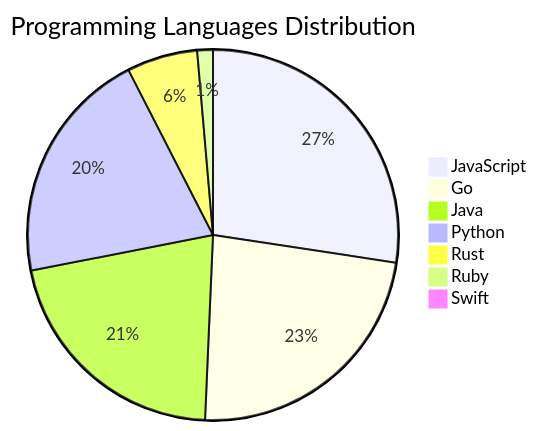
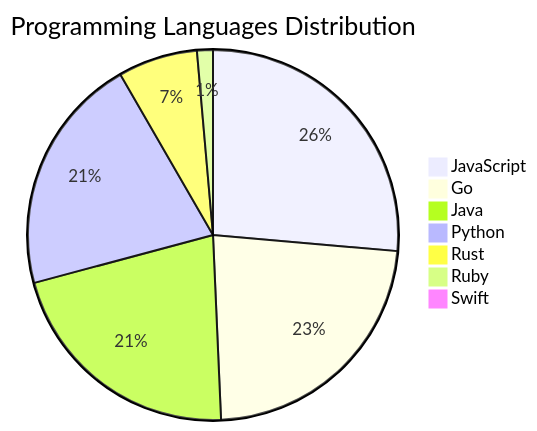
The diagram in README.md (Derrick-MUGISHA/github-activity-bot), drawn with Mermaid before and after one commit. The commit also changed other lines of this file and 4 other files, not shown here.

````diff
--- a/README.md
+++ b/README.md
@@ -207,10 +207,10 @@
 ```mermaid
 pie title Programming Languages Distribution
-    "JavaScript" : 40
-    "Go" : 34
+    "JavaScript" : 38
+    "Go" : 33
     "Java" : 31
     "Python" : 30
-    "Rust" : 9
+    "Rust" : 10
     "Ruby" : 2
     "Swift" : 1
 ```
````
